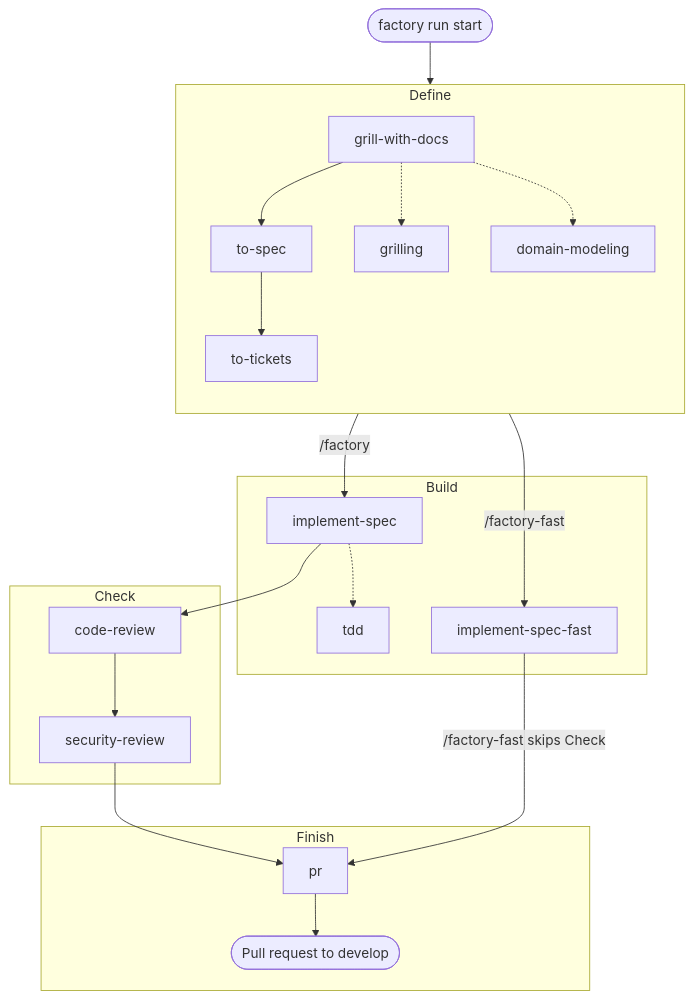
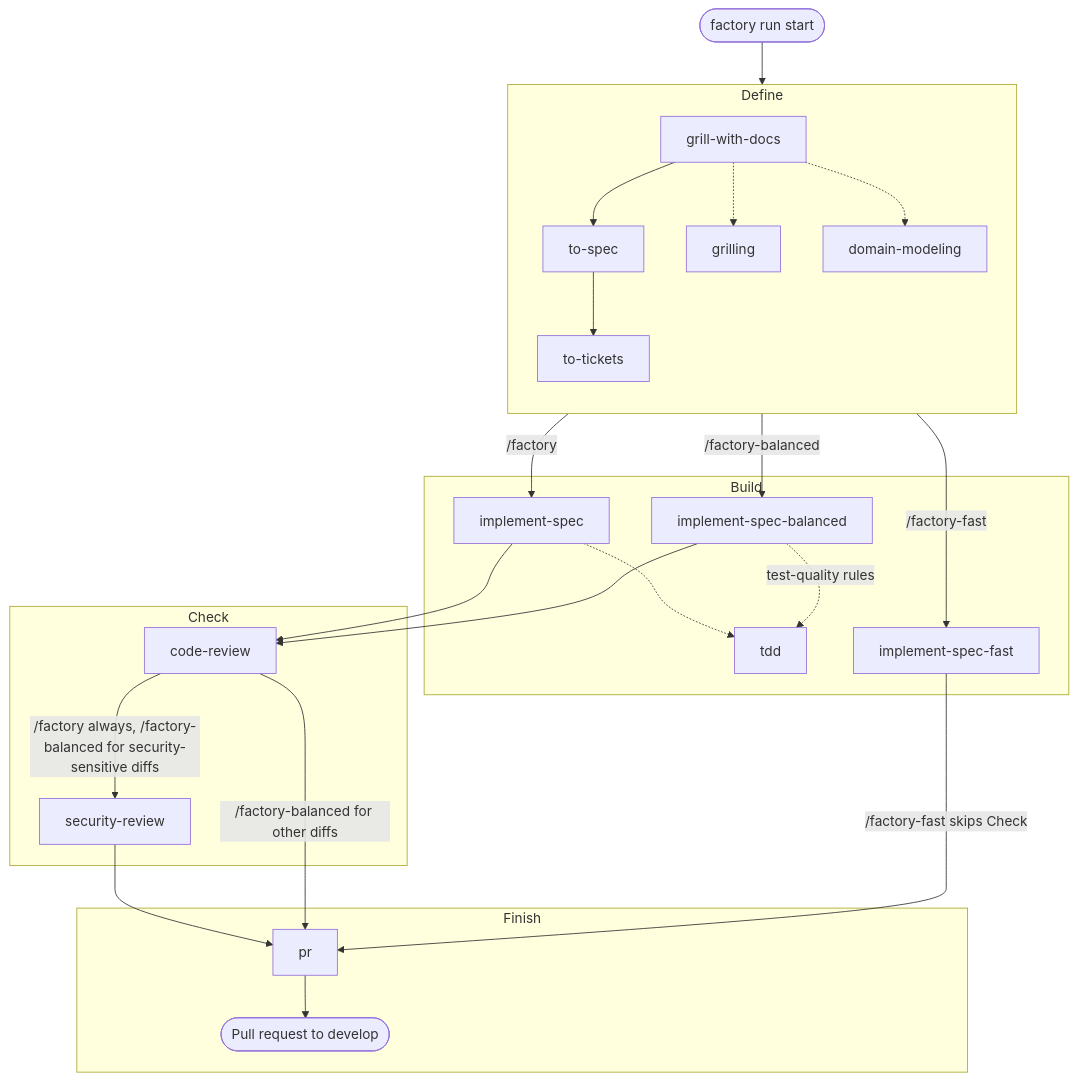
Before and after one commit to TDSchreur/jidoka: the diagram in README.md, drawn with Mermaid. The commit also changed other lines of this file and 7 other files, not shown here.

First line of the commit message:
Add factory-balanced workflow mode (#34)

````diff
--- a/README.md
+++ b/README.md
@@ -78,30 +99,34 @@
 ```mermaid
 flowchart TB
     start([factory run start]) --> define
 
     subgraph define [Define]
         direction TB
         grill[grill-with-docs] --> spec[to-spec] --> tickets[to-tickets]
         grill -.-> grilling[grilling]
         grill -.-> domain[domain-modeling]
     end
 
     subgraph build [Build]
         impl[implement-spec] -.-> tdd[tdd]
+        implbal[implement-spec-balanced] -.->|test-quality rules| tdd
         implfast[implement-spec-fast]
     end
 
     subgraph check [Check]
-        review[code-review] --> security[security-review]
+        review[code-review] -->|/factory always, /factory-balanced for security-sensitive diffs| security[security-review]
     end
 
     subgraph finish [Finish]
         pr[pr] --> pull([Pull request to develop])
     end
 
     define -->|/factory| impl
+    define -->|/factory-balanced| implbal
     define -->|/factory-fast| implfast
     impl --> review
+    implbal --> review
     security --> pr
+    review -->|/factory-balanced for other diffs| pr
     implfast -->|/factory-fast skips Check| pr
 ```
````
